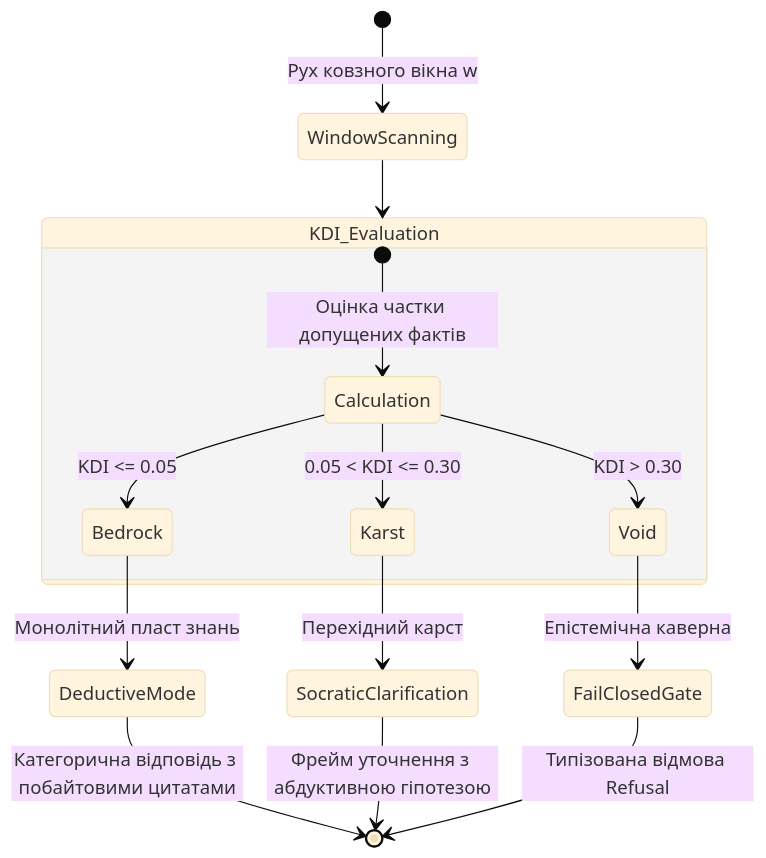
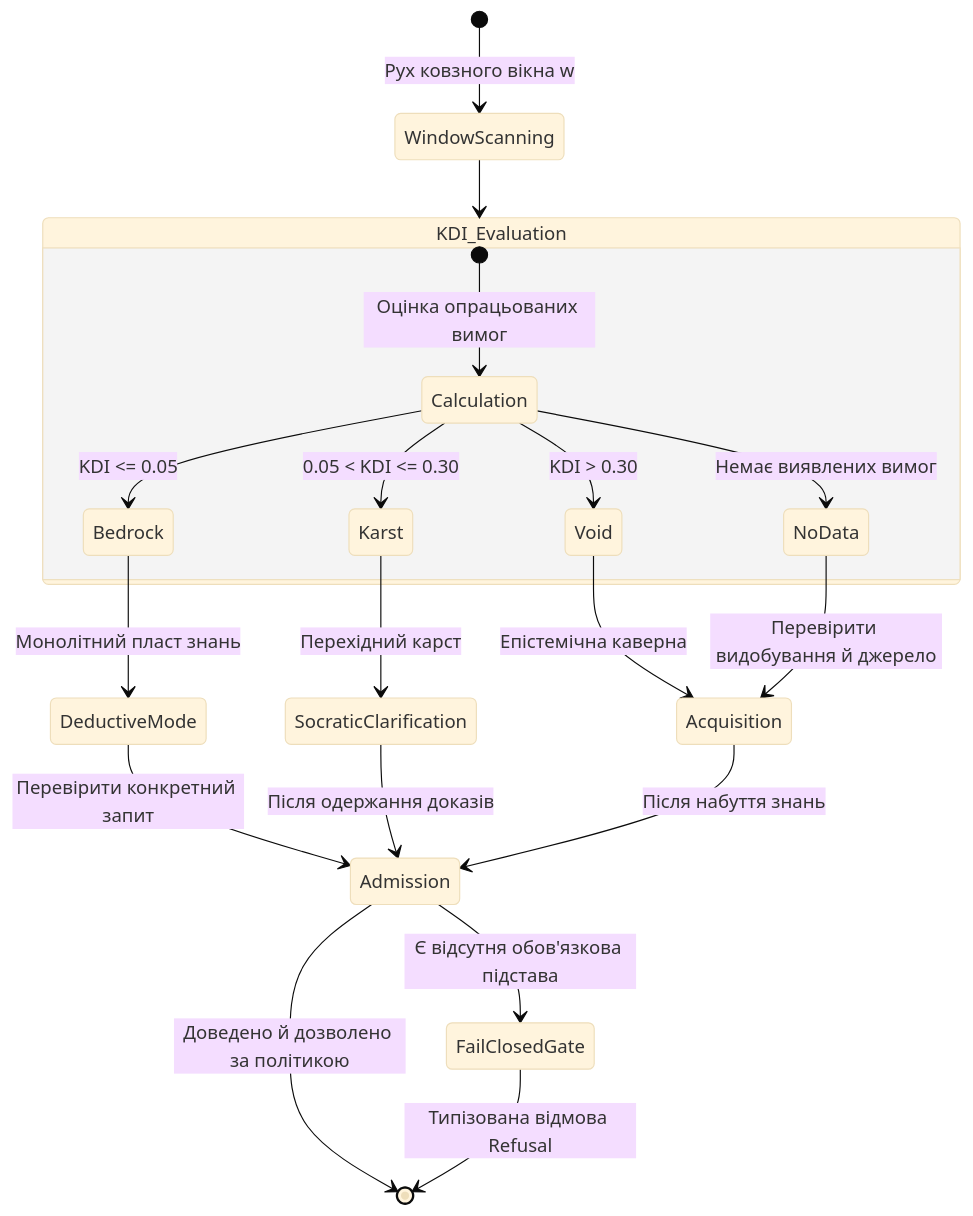
The fifth of 6 diagrams in ExpertSystem/ch38-curing-machine-hallucinations-and-knowledge-deficits.md (nick-fedchik/articles), drawn with Mermaid (base theme) before and after one commit. The commit also changed other lines of this file and 7 other files, not shown here.

````diff
--- a/ExpertSystem/ch38-curing-machine-hallucinations-and-knowledge-deficits.md
+++ b/ExpertSystem/ch38-curing-machine-hallucinations-and-knowledge-deficits.md
@@ -392,21 +488,28 @@
 ```mermaid
 stateDiagram-v2
+	accTitle: Планування опрацювання за KDI з окремою перевіркою допуску
+	accDescr: Низький і високий KDI визначають чергу роботи; кожна відповідь потребує повного набору обов'язкових доказів.
     [*] --> WindowScanning: Рух ковзного вікна w
 
     state KDI_Evaluation {
-        [*] --> Calculation: Оцінка частки допущених фактів
+		[*] --> Calculation: Оцінка опрацьованих вимог
+		Calculation --> NoData: Немає виявлених вимог
         Calculation --> Bedrock: KDI <= 0.05
         Calculation --> Karst: 0.05 < KDI <= 0.30
         Calculation --> Void: KDI > 0.30
     }
 
     WindowScanning --> KDI_Evaluation
 
     Bedrock --> DeductiveMode: Монолітний пласт знань
     Karst --> SocraticClarification: Перехідний карст
-    Void --> FailClosedGate: Епістемічна каверна
+	Void --> Acquisition: Епістемічна каверна
+	NoData --> Acquisition: Перевірити видобування й джерело
 
-    DeductiveMode --> [*]: Категорична відповідь з побайтовими цитатами
-    SocraticClarification --> [*]: Фрейм уточнення з абдуктивною гіпотезою
-    FailClosedGate --> [*]: Типізована відмова Refusal
+	DeductiveMode --> Admission: Перевірити конкретний запит
+	SocraticClarification --> Admission: Після одержання доказів
+	Acquisition --> Admission: Після набуття знань
+	Admission --> [*]: Доведено й дозволено за політикою
+	Admission --> FailClosedGate: Є відсутня обов'язкова підстава
+	FailClosedGate --> [*]: Типізована відмова Refusal
 ```
````
